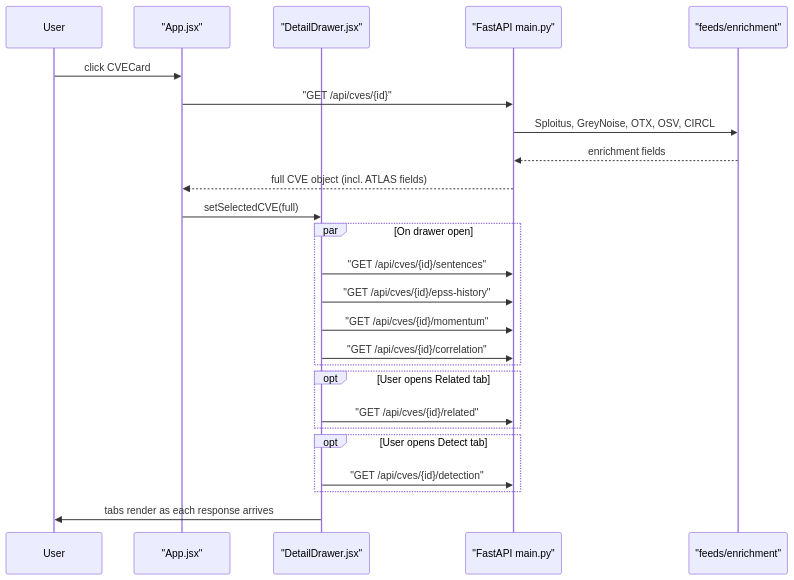
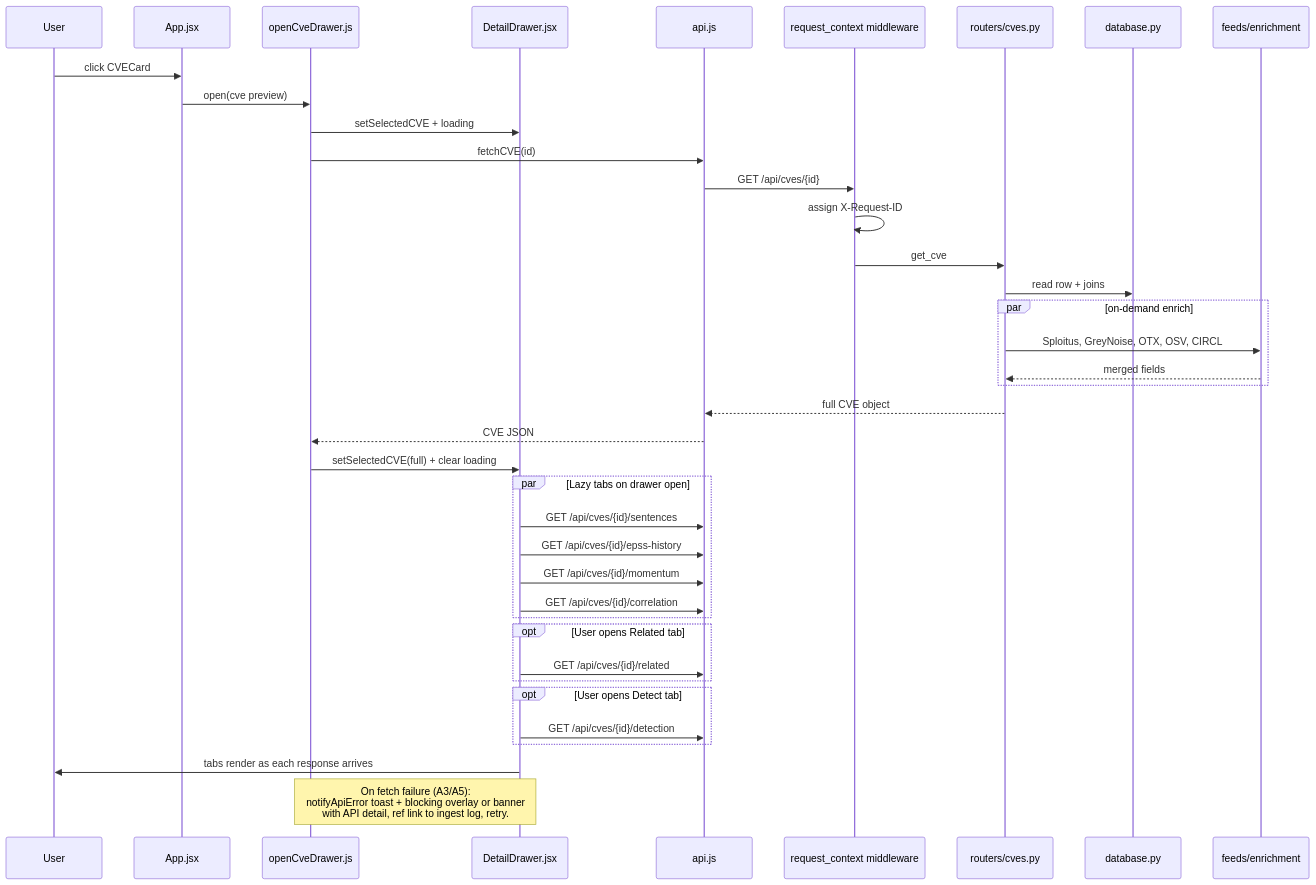
The diagram in docs/diagrams/flow_cve_detail.mermaid (Soldier0x0/briefr), drawn with Mermaid before and after one commit. The commit also changed 11 other files, not shown here.

First line of the commit message:
docs: refresh Mermaid diagrams for Postgres, auth, and Sprint A

```diff
--- a/docs/diagrams/flow_cve_detail.mermaid
+++ b/docs/diagrams/flow_cve_detail.mermaid
@@ -1,30 +1,45 @@
 sequenceDiagram
   participant User
-  participant App as "App.jsx"
-  participant Drawer as "DetailDrawer.jsx"
-  participant API as "FastAPI main.py"
-  participant Ext as "feeds/enrichment"
+  participant App as App.jsx
+  participant Ctrl as openCveDrawer.js
+  participant Drawer as DetailDrawer.jsx
+  participant APIjs as api.js
+  participant MW as request_context middleware
+  participant R as routers/cves.py
+  participant DB as database.py
+  participant Ext as feeds/enrichment
 
   User->>App: click CVECard
-  App->>API: "GET /api/cves/{id}"
-  API->>Ext: Sploitus, GreyNoise, OTX, OSV, CIRCL
-  Ext-->>API: enrichment fields
-  API-->>App: full CVE object (incl. ATLAS fields)
-  App->>Drawer: setSelectedCVE(full)
+  App->>Ctrl: open(cve preview)
+  Ctrl->>Drawer: setSelectedCVE + loading
+  Ctrl->>APIjs: fetchCVE(id)
+  APIjs->>MW: GET /api/cves/{id}
+  MW->>MW: assign X-Request-ID
+  MW->>R: get_cve
+  R->>DB: read row + joins
+  par on-demand enrich
+    R->>Ext: Sploitus, GreyNoise, OTX, OSV, CIRCL
+    Ext-->>R: merged fields
+  end
+  R-->>APIjs: full CVE object
+  APIjs-->>Ctrl: CVE JSON
+  Ctrl->>Drawer: setSelectedCVE(full) + clear loading
 
-  par On drawer open
-    Drawer->>API: "GET /api/cves/{id}/sentences"
-    Drawer->>API: "GET /api/cves/{id}/epss-history"
-    Drawer->>API: "GET /api/cves/{id}/momentum"
-    Drawer->>API: "GET /api/cves/{id}/correlation"
+  par Lazy tabs on drawer open
+    Drawer->>APIjs: GET /api/cves/{id}/sentences
+    Drawer->>APIjs: GET /api/cves/{id}/epss-history
+    Drawer->>APIjs: GET /api/cves/{id}/momentum
+    Drawer->>APIjs: GET /api/cves/{id}/correlation
   end
 
   opt User opens Related tab
-    Drawer->>API: "GET /api/cves/{id}/related"
+    Drawer->>APIjs: GET /api/cves/{id}/related
   end
 
   opt User opens Detect tab
-    Drawer->>API: "GET /api/cves/{id}/detection"
+    Drawer->>APIjs: GET /api/cves/{id}/detection
   end
 
   Drawer->>User: tabs render as each response arrives
+
+  Note over Ctrl,Drawer: On fetch failure (A3/A5):<br/>notifyApiError toast + blocking overlay or banner<br/>with API detail, ref link to ingest log, retry.
```
